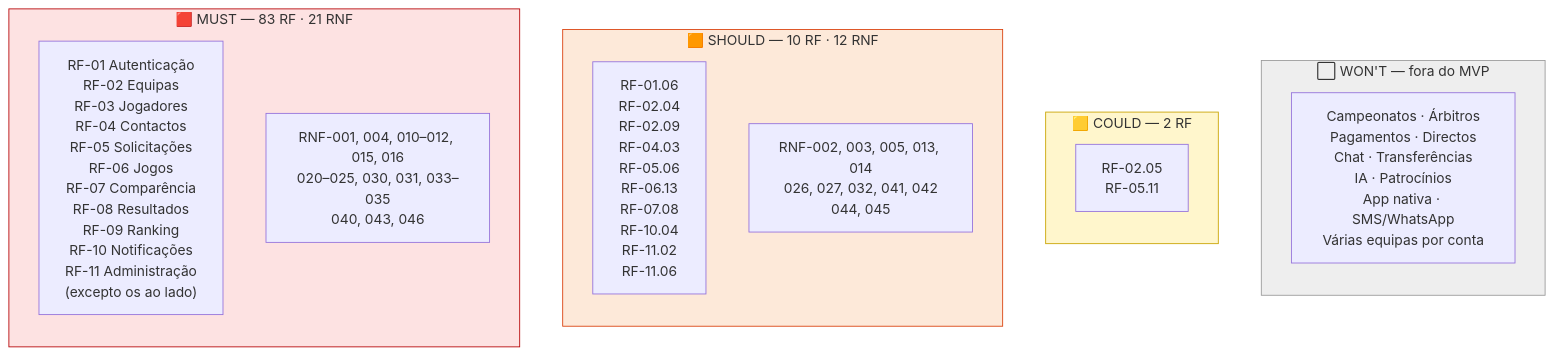
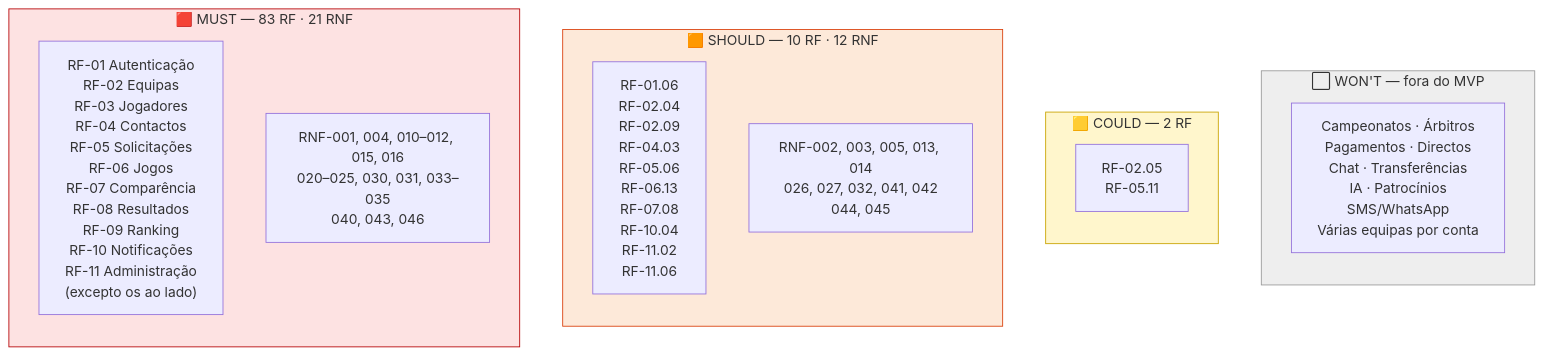
Before and after one commit to lemosGit/GiraBairro: the diagram in docs/01-requisitos/src/moscow.mmd, drawn with Mermaid. The commit also changed 6 other files, not shown here.

```diff
--- a/docs/01-requisitos/src/moscow.mmd
+++ b/docs/01-requisitos/src/moscow.mmd
@@ -1,26 +1,26 @@
 %% look: handDrawn
 %% M1-07a — Quadro MoSCoW (gerado a partir de priorizacao-moscow.md)
 flowchart LR
     subgraph MUST["🟥 MUST — 83 RF · 21 RNF"]
         direction TB
         m1["RF-01 Autenticação<br/>RF-02 Equipas<br/>RF-03 Jogadores<br/>RF-04 Contactos<br/>RF-05 Solicitações<br/>RF-06 Jogos<br/>RF-07 Comparência<br/>RF-08 Resultados<br/>RF-09 Ranking<br/>RF-10 Notificações<br/>RF-11 Administração<br/>(excepto os ao lado)"]
         m2["RNF-001, 004, 010–012, 015, 016<br/>020–025, 030, 031, 033–035<br/>040, 043, 046"]
     end
     subgraph SHOULD["🟧 SHOULD — 10 RF · 12 RNF"]
         direction TB
         s1["RF-01.06<br/>RF-02.04<br/>RF-02.09<br/>RF-04.03<br/>RF-05.06<br/>RF-06.13<br/>RF-07.08<br/>RF-10.04<br/>RF-11.02<br/>RF-11.06"]
         s2["RNF-002, 003, 005, 013, 014<br/>026, 027, 032, 041, 042<br/>044, 045"]
     end
     subgraph COULD["🟨 COULD — 2 RF"]
         direction TB
         c1["RF-02.05<br/>RF-05.11"]
     end
     subgraph WONT["⬜ WON'T — fora do MVP"]
         direction TB
-        w1["Campeonatos · Árbitros<br/>Pagamentos · Directos<br/>Chat · Transferências<br/>IA · Patrocínios<br/>App nativa · SMS/WhatsApp<br/>Várias equipas por conta"]
+        w1["Campeonatos · Árbitros<br/>Pagamentos · Directos<br/>Chat · Transferências<br/>IA · Patrocínios<br/>SMS/WhatsApp<br/>Várias equipas por conta"]
     end
     MUST ~~~ SHOULD ~~~ COULD ~~~ WONT
     style MUST fill:#fde2e2,stroke:#b60205
     style SHOULD fill:#fde9d9,stroke:#d93f0b
     style COULD fill:#fff6cc,stroke:#c9a400
     style WONT fill:#eeeeee,stroke:#999999
```
